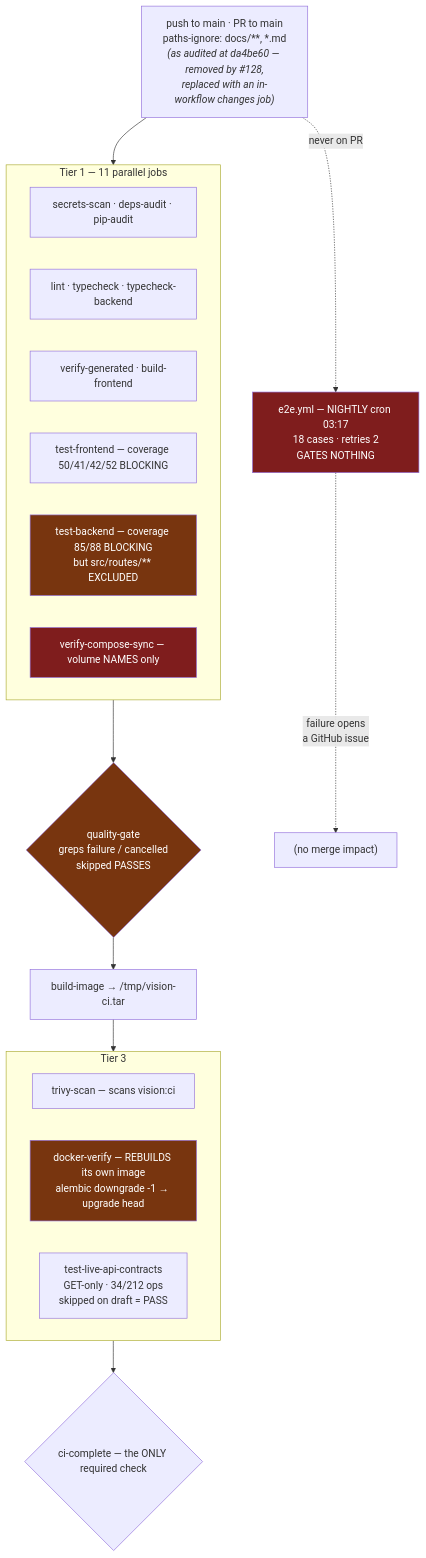
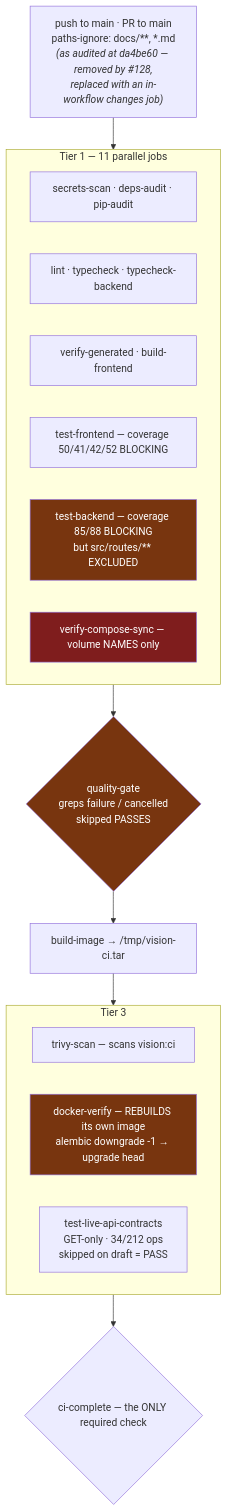
Before and after one commit to EraPartner/Vision: the second of 7 diagrams in docs/audits/2026-07-27-codebase-research-audit.md, drawn with Mermaid. The commit also changed other lines of this file and 56 other files, not shown here.

````diff
--- a/docs/audits/2026-07-27-codebase-research-audit.md
+++ b/docs/audits/2026-07-27-codebase-research-audit.md
@@ -155,35 +155,31 @@
 ```mermaid
 flowchart TD
     T["push to main · PR to main<br/>paths-ignore: docs/**, *.md<br/><i>(as audited at da4be60 — removed by #128,<br/>replaced with an in-workflow changes job)</i>"]
 
     subgraph t1["Tier 1 — 11 parallel jobs"]
         A1["secrets-scan · deps-audit · pip-audit"]
         A2["lint · typecheck · typecheck-backend"]
         A3["verify-generated · build-frontend"]
         A4["test-frontend — coverage 50/41/42/52 BLOCKING"]
         A5["test-backend — coverage 85/88 BLOCKING<br/>but src/routes/** EXCLUDED"]
         A6["verify-compose-sync — volume NAMES only"]
     end
 
     QG{"quality-gate<br/>greps failure / cancelled<br/>skipped PASSES"}
     BI["build-image → /tmp/vision-ci.tar"]
 
     subgraph t3["Tier 3"]
         TR["trivy-scan — scans vision:ci"]
         DV["docker-verify — REBUILDS its own image<br/>alembic downgrade -1 → upgrade head"]
         LC["test-live-api-contracts<br/>GET-only · 34/212 ops<br/>skipped on draft = PASS"]
     end
 
     CC{"ci-complete — the ONLY required check"}
-    E2E["e2e.yml — NIGHTLY cron 03:17<br/>18 cases · retries 2<br/>GATES NOTHING"]
 
     T --> t1 --> QG --> BI --> t3 --> CC
-    T -.->|"never on PR"| E2E
-    E2E -.->|"failure opens<br/>a GitHub issue"| X["(no merge impact)"]
 
     style QG fill:#78350f,color:#fff
     style A5 fill:#78350f,color:#fff
     style A6 fill:#7f1d1d,color:#fff
-    style E2E fill:#7f1d1d,color:#fff
     style DV fill:#78350f,color:#fff
 ```
````
